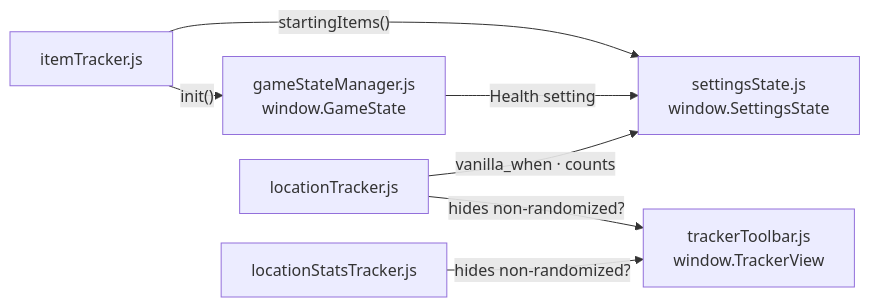
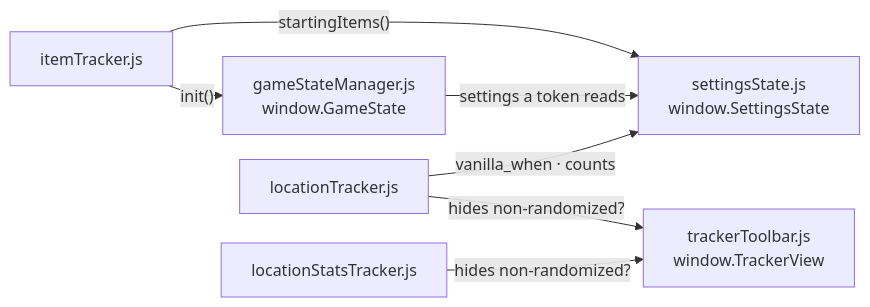
The third of 15 diagrams in documentation/architecture-diagram.md (GonzaloJMora/mm3drTracker), drawn with Mermaid before and after one commit. The commit also changed other lines of this file and 78 other files, not shown here.

````diff
--- a/documentation/architecture-diagram.md
+++ b/documentation/architecture-diagram.md
@@ -90,17 +97,17 @@
 ```mermaid
 %%{init: {"flowchart": {"rankSpacing": 15, "nodeSpacing": 25}}}%%
 flowchart LR
     IT["itemTracker.js"]
     LT["locationTracker.js"]
     LST["locationStatsTracker.js"]
     GSM["gameStateManager.js<br/>window.GameState"]
     SS["settingsState.js<br/>window.SettingsState"]
     TB["trackerToolbar.js<br/>window.TrackerView"]
 
     IT -- "init()" --> GSM
     IT -- "startingItems()" --> SS
-    GSM -- "Health setting" --> SS
+    GSM -- "settings a token reads" --> SS
     LT -- "vanilla_when · counts" --> SS
     LT -- "hides non-randomized?" --> TB
     LST -- "hides non-randomized?" --> TB
 ```
````
